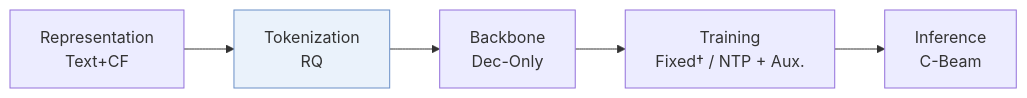
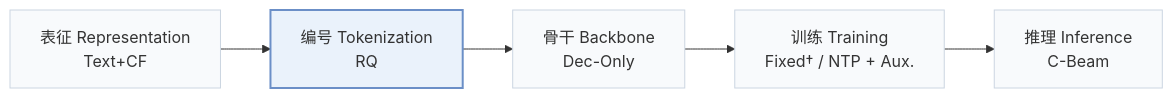
The first of 2 diagrams in pages/zh/papers/mbgr.md (Galaxy-ghost/Awesome-SID-Generative-Rec), drawn with Mermaid before and after one commit. The commit also changed other lines of this file and 649 other files, not shown here.

Commit message:
writer-05: also tags and modality index (schema, check, build, visuals); summary field removed; calibration data for 12 papers

````diff
--- a/pages/zh/papers/mbgr.md
+++ b/pages/zh/papers/mbgr.md
@@ -13,6 +15,8 @@
 ```mermaid
 flowchart LR
-    R["Representation<br/>Text+CF"] --> T["Tokenization<br/>RQ"] --> B["Backbone<br/>Dec-Only"] --> TR["Training<br/>Fixed† / NTP + Aux."] --> I["Inference<br/>C-Beam"]
-    classDef main fill:#eaf2fb,stroke:#6b8fc7
+    R["表征 Representation<br/>Text+CF"] --> T["编号 Tokenization<br/>RQ"] --> B["骨干 Backbone<br/>Dec-Only"] --> TR["训练 Training<br/>Fixed† / NTP + Aux."] --> I["推理 Inference<br/>C-Beam"]
+    classDef base fill:#f8fafc,stroke:#cbd5e1
+    class R,T,B,TR,I base
+    classDef main fill:#eaf2fb,stroke:#6b8fc7,stroke-width:2px
     class T main
 ```
````
